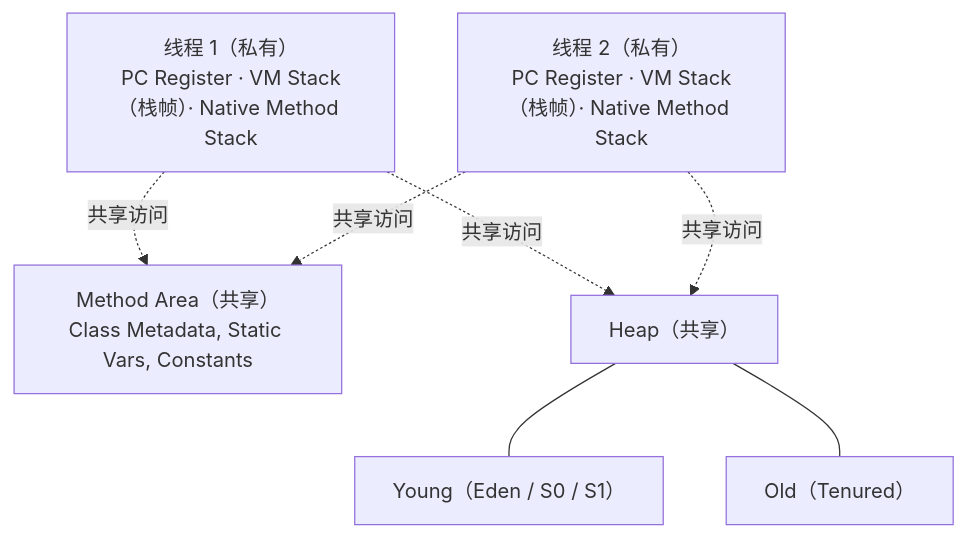
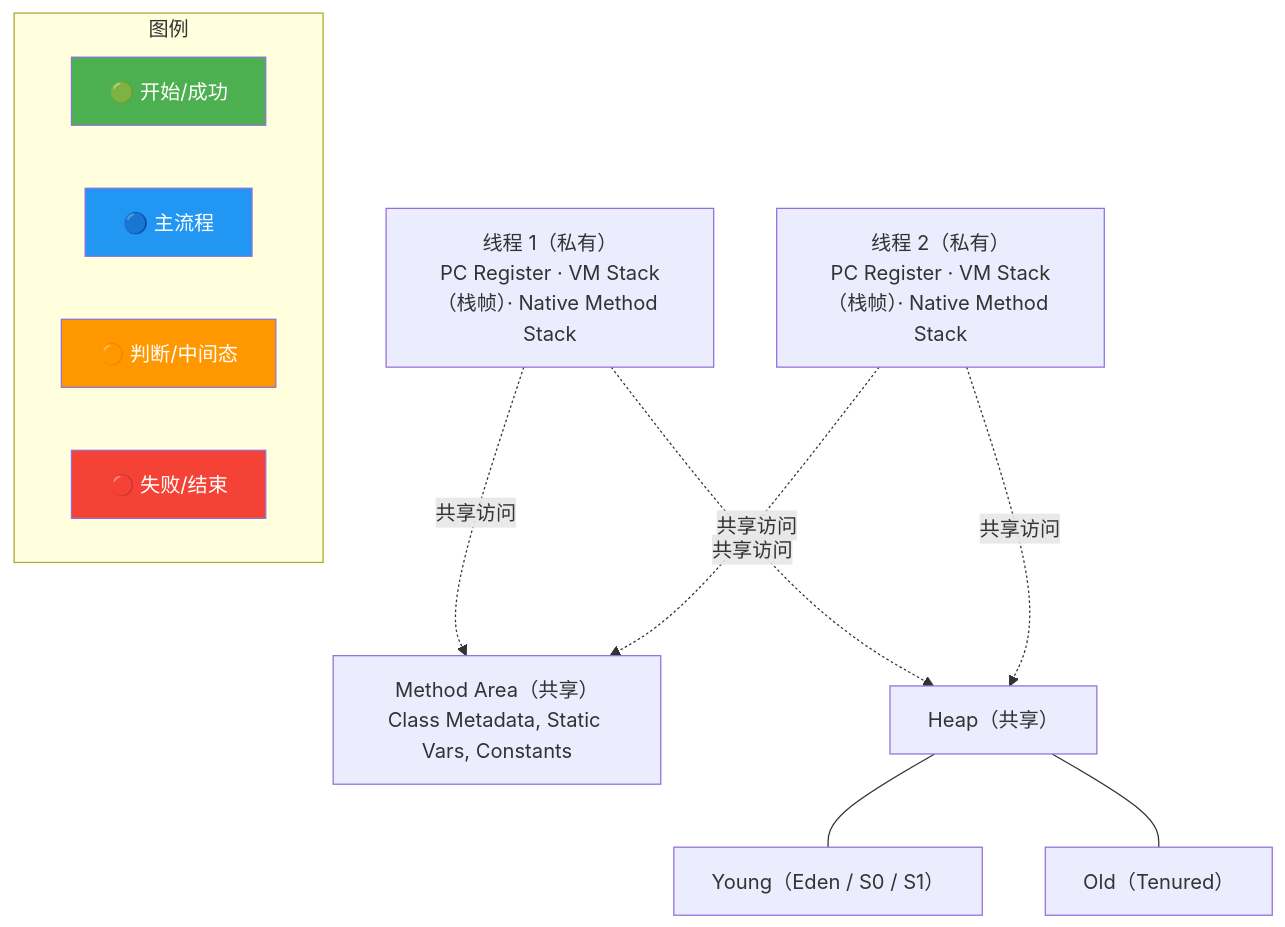
The diagram in questions/jvm/jvm-007.md (SunArthur86/interview-2026), drawn with Mermaid before and after one commit. The commit also changed other lines of this file and 3180 other files, not shown here.

First line of the commit message:
Mermaid颜色增强99% + 面试频率分类(高频1571/中频1115/低频461)

````diff
--- a/questions/jvm/jvm-007.md
+++ b/questions/jvm/jvm-007.md
@@ -44,16 +45,54 @@
 ```mermaid
 flowchart TB
+    classDef start fill:#4CAF50,color:#fff
+    classDef process fill:#2196F3,color:#fff
+    classDef decision fill:#FF9800,color:#fff
+    classDef special fill:#9C27B0,color:#fff
+    classDef error fill:#f44336,color:#fff
+    classDef info fill:#607D8B,color:#fff
+    class Area start
+    class Class process
+    class Constants decision
+    class Eden special
+    class Heap error
+    class Metadata info
+    class Method start
+    class Native process
+    class Old decision
+    class PC special
+    class Register error
+    class S0 info
+    class S1 start
+    class Stack process
+    class Static decision
+    class Tenured special
+    class VM error
+    class Vars info
+    class Young start
+    class br process
+    class heap decision
+    class method special
+    class old error
+    class t1 info
+    class t2 start
+    class young process
     method["Method Area（共享）<br/>Class Metadata, Static Vars, Constants"]
     heap["Heap（共享）"]
     young["Young（Eden / S0 / S1）"]
     old["Old（Tenured）"]
     t1["线程 1（私有）<br/>PC Register · VM Stack（栈帧）· Native Method Stack"]
     t2["线程 2（私有）<br/>PC Register · VM Stack（栈帧）· Native Method Stack"]
 
     heap --- young
     heap --- old
     t1 -.共享访问.-> heap
     t1 -.共享访问.-> method
     t2 -.共享访问.-> heap
     t2 -.共享访问.-> method
+    subgraph Legend["图例"]
+        L1["🟢 开始/成功"]:::start
+        L2["🔵 主流程"]:::process
+        L3["🟠 判断/中间态"]:::decision
+        L4["🔴 失败/结束"]:::error
+    end
 ```
````
